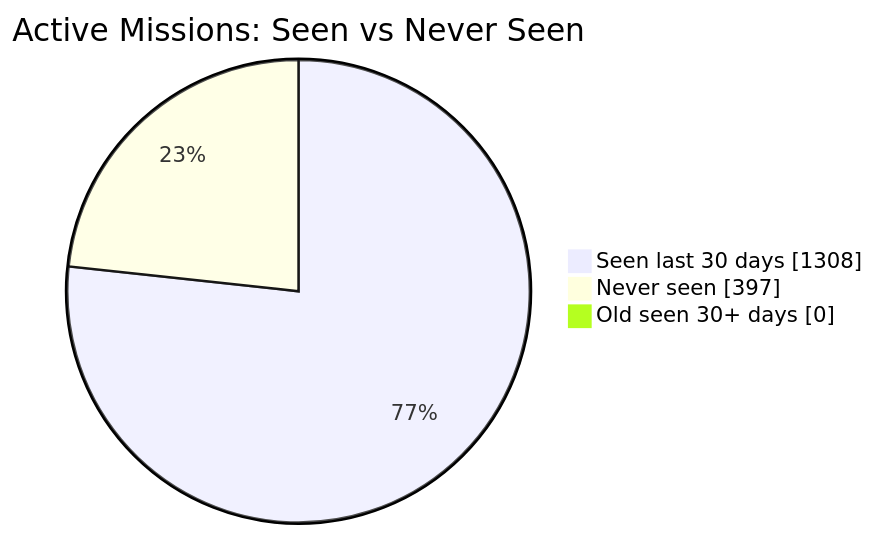
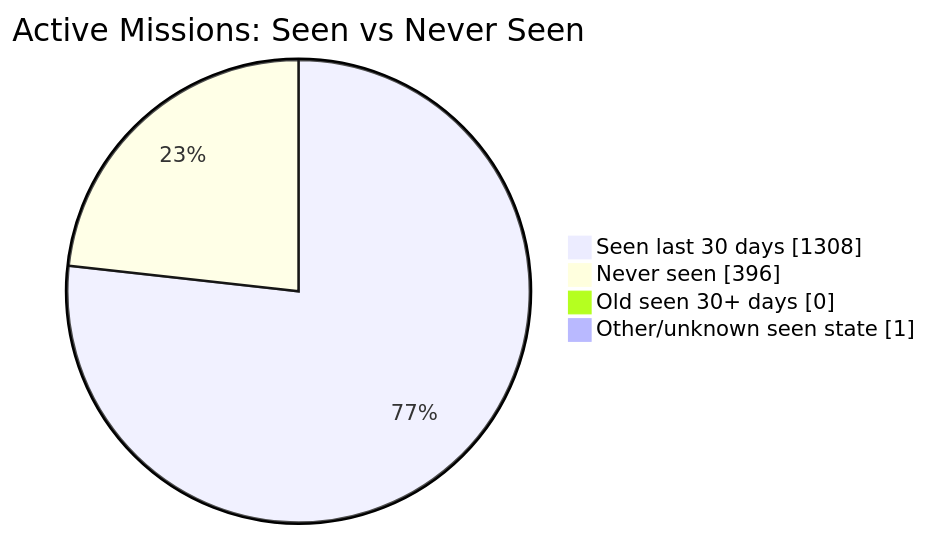
Before and after one commit to MeldkamerspelGameTeam/active-missions: the diagram in README.md, drawn with Mermaid. The commit also changed other lines of this file and 7 other files, not shown here.

````diff
--- a/README.md
+++ b/README.md
@@ -34,7 +34,8 @@
 ```mermaid
 pie showData
     title Active Missions: Seen vs Never Seen
     "Seen last 30 days" : 1308
-    "Never seen" : 397
+    "Never seen" : 396
     "Old seen 30+ days" : 0
+    "Other/unknown seen state" : 1
 ```
````
